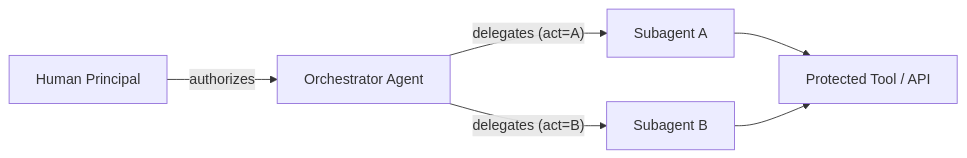
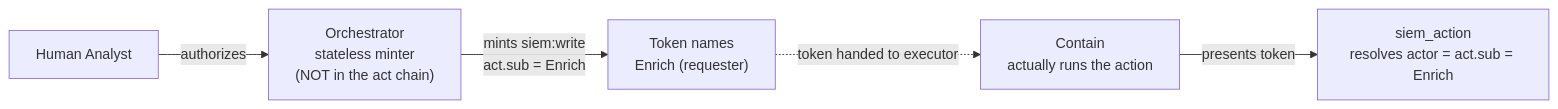
Before and after one commit to rahulsingh1397/aegis-at: the second of 8 diagrams in Documents/InitialDocs/attribution_integrity_visual.md, drawn with Mermaid. The commit also changed other lines of this file and 14 other files, not shown here.

````diff
--- a/Documents/InitialDocs/attribution_integrity_visual.md
+++ b/Documents/InitialDocs/attribution_integrity_visual.md
@@ -64,13 +58,7 @@
 ```mermaid
 graph LR
-    USER["Human Principal"]
-    ORCH["Orchestrator Agent"]
-    SA["Subagent A"]
-    SB["Subagent B"]
-    TOOL["Protected Tool / API"]
-    USER -->|"authorizes"| ORCH
-    ORCH -->|"delegates (act=A)"| SA
-    ORCH -->|"delegates (act=B)"| SB
-    SA --> TOOL
-    SB --> TOOL
+    USER["Human Analyst"] -->|"authorizes"| ORCH["Orchestrator<br/>stateless minter<br/>(NOT in the act chain)"]
+    ORCH -->|"mints siem:write<br/>act.sub = Enrich"| EN["Token names<br/>Enrich (requester)"]
+    EN -.->|"token handed to executor"| CO["Contain<br/>actually runs the action"]
+    CO -->|"presents token"| TOOL["siem_action<br/>resolves actor = act.sub = Enrich"]
 ```
````
